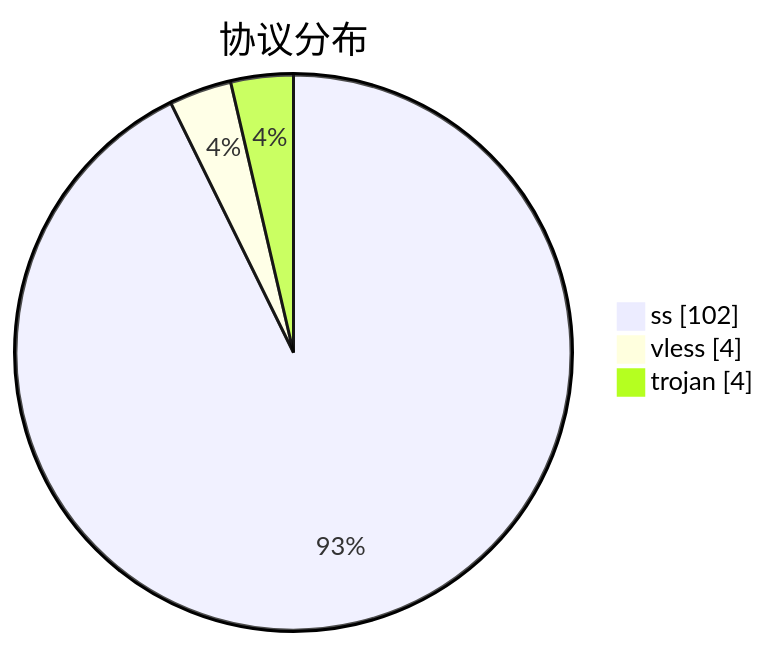
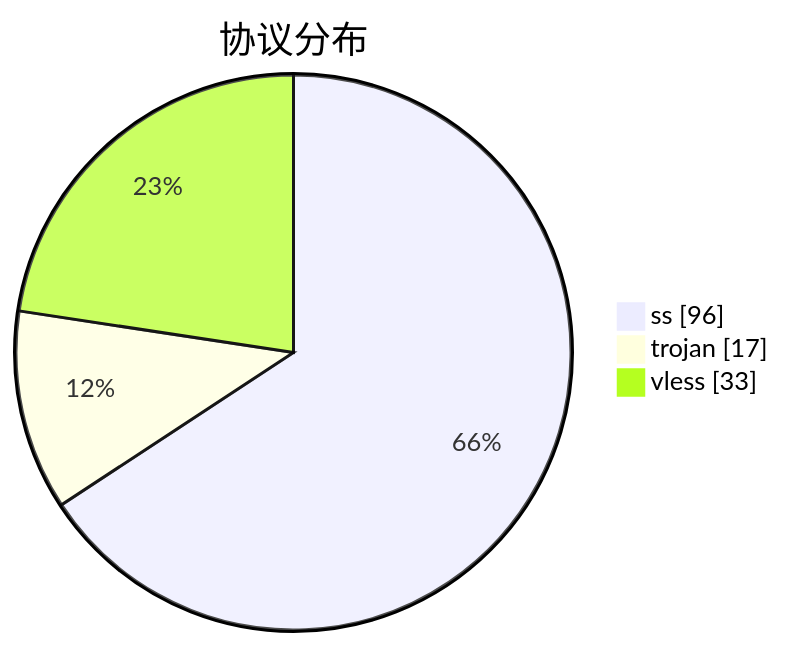
The third of 3 diagrams in subs/statistics/tested_within.md (qjlxg/airport), drawn with Mermaid before and after one commit. The commit also changed other lines of this file and 2 other files, not shown here.

````diff
--- a/subs/statistics/tested_within.md
+++ b/subs/statistics/tested_within.md
@@ -24,7 +34,7 @@
 ```mermaid
 pie showData
 title 协议分布
-"ss" : 102
-"vless" : 4
-"trojan" : 4
+"ss" : 96
+"trojan" : 17
+"vless" : 33
 ```
````
